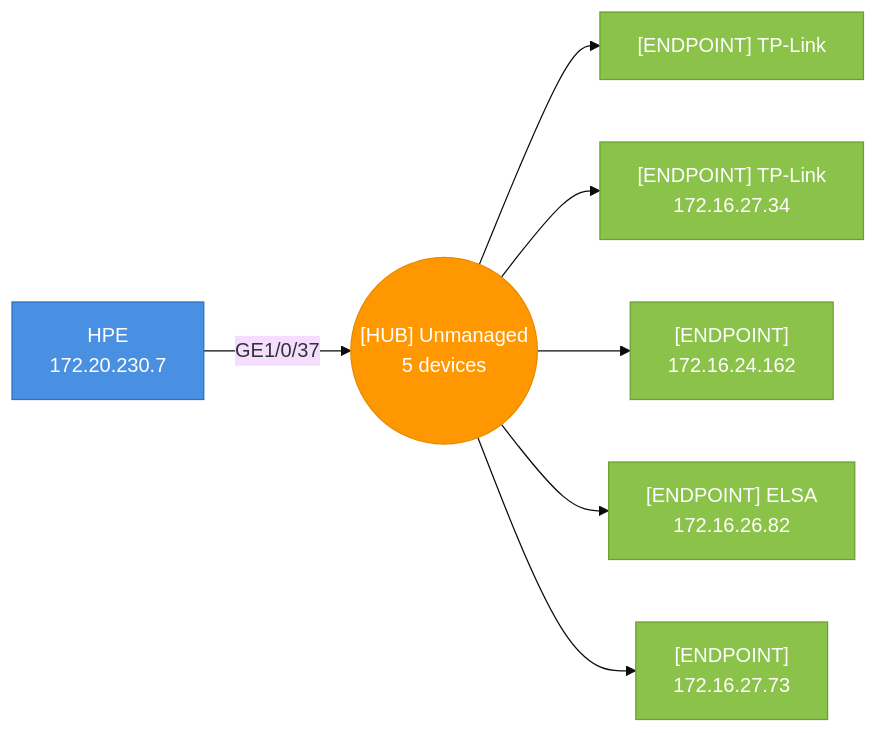
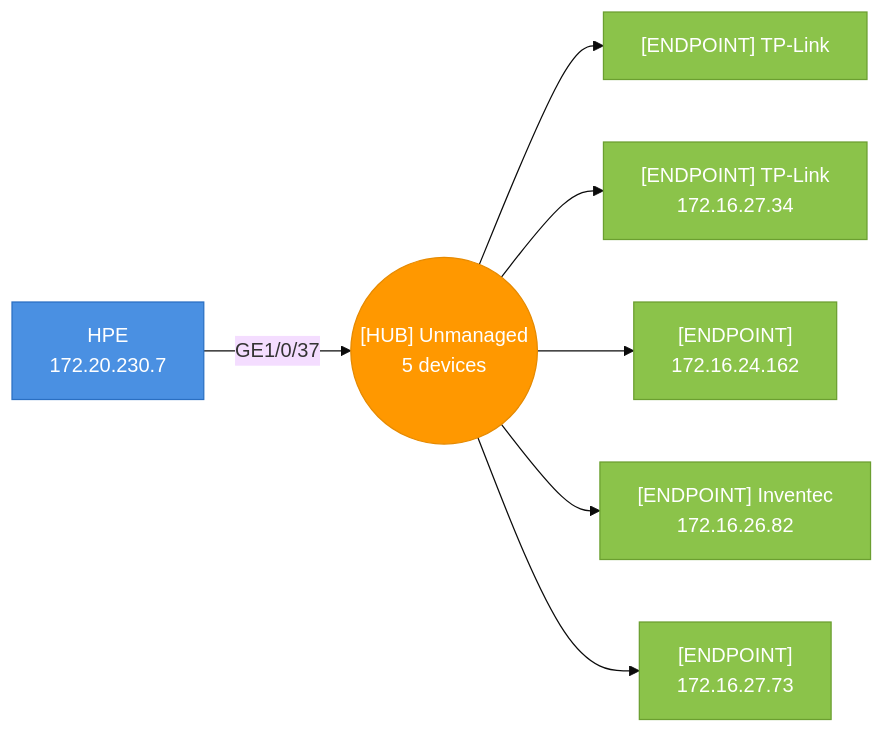
Before and after one commit to djamic/LLDP-Skanner-Go: the ninth of 38 diagrams in testdata/golden/audit_default.md, drawn with Mermaid (base theme). The commit also changed other lines of this file and 11 other files, not shown here.

````diff
--- a/testdata/golden/audit_default.md
+++ b/testdata/golden/audit_default.md
@@ -1502,23 +1442,23 @@
 ```mermaid
 graph LR
   hub_4caea38e1909_p37(("[HUB] Unmanaged<br>5 devices"))
   4caea38e1909["HPE<br>172.20.230.7"]
   4caea38e1909-- "GE1/0/37" -->hub_4caea38e1909_p37
   style 4caea38e1909 fill:#4A90E2,stroke:#2A6FC2,color:#fff
   10feed5a195e["[ENDPOINT] TP-Link"]
   hub_4caea38e1909_p37-->10feed5a195e
   style 10feed5a195e fill:#8BC34A,stroke:#6B9F30,color:#fff
   10feed5a195f["[ENDPOINT] TP-Link<br>172.16.27.34"]
   hub_4caea38e1909_p37-->10feed5a195f
   style 10feed5a195f fill:#8BC34A,stroke:#6B9F30,color:#fff
   54b203712a46["[ENDPOINT]<br>172.16.24.162"]
   hub_4caea38e1909_p37-->54b203712a46
   style 54b203712a46 fill:#8BC34A,stroke:#6B9F30,color:#fff
-  64c901f59176["[ENDPOINT] ELSA<br>172.16.26.82"]
+  64c901f59176["[ENDPOINT] Inventec<br>172.16.26.82"]
   hub_4caea38e1909_p37-->64c901f59176
   style 64c901f59176 fill:#8BC34A,stroke:#6B9F30,color:#fff
   a8a159a0c9a3["[ENDPOINT]<br>172.16.27.73"]
   hub_4caea38e1909_p37-->a8a159a0c9a3
   style a8a159a0c9a3 fill:#8BC34A,stroke:#6B9F30,color:#fff
   style hub_4caea38e1909_p37 fill:#FF9800,stroke:#E68A00,color:#fff
 ```
````
